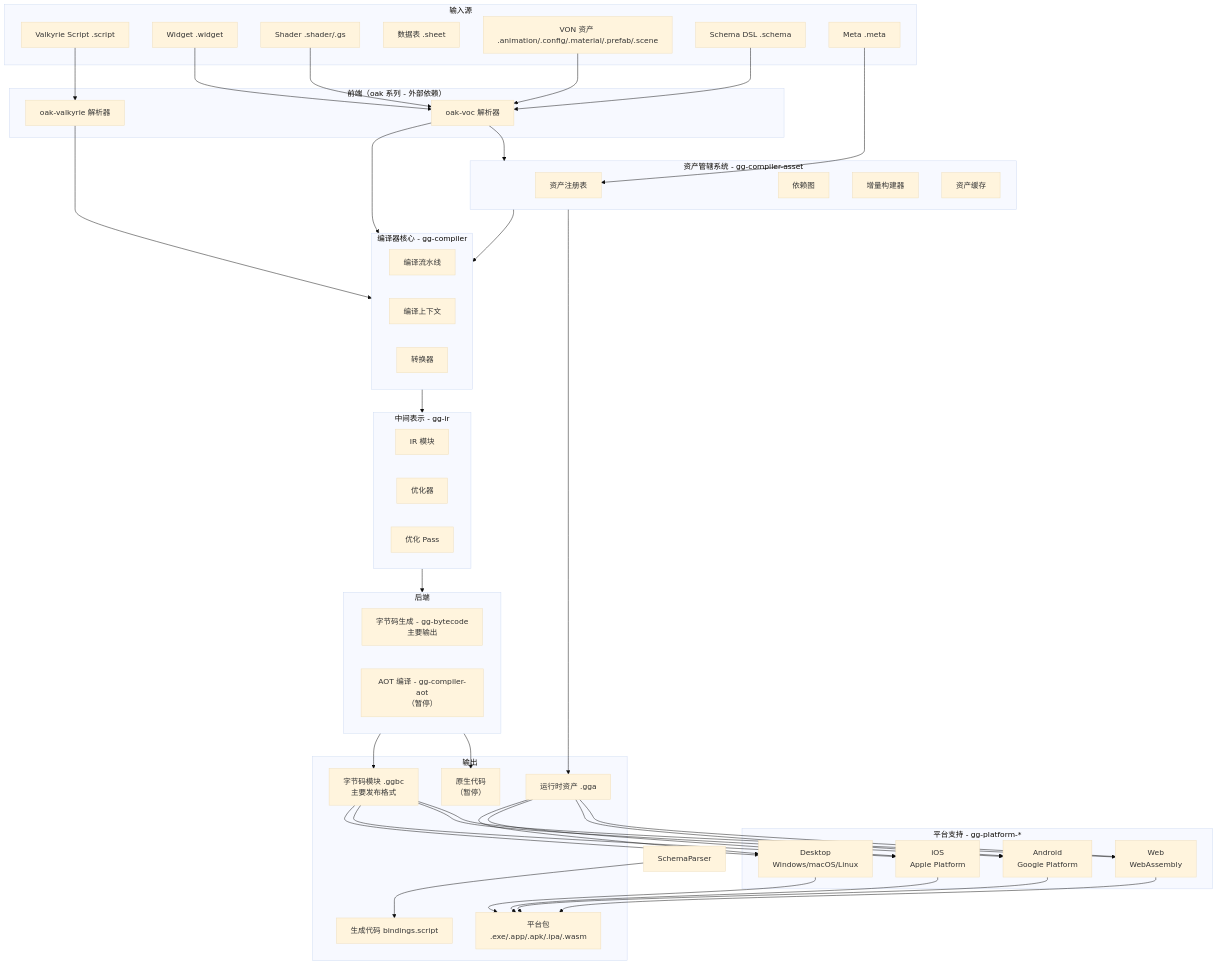
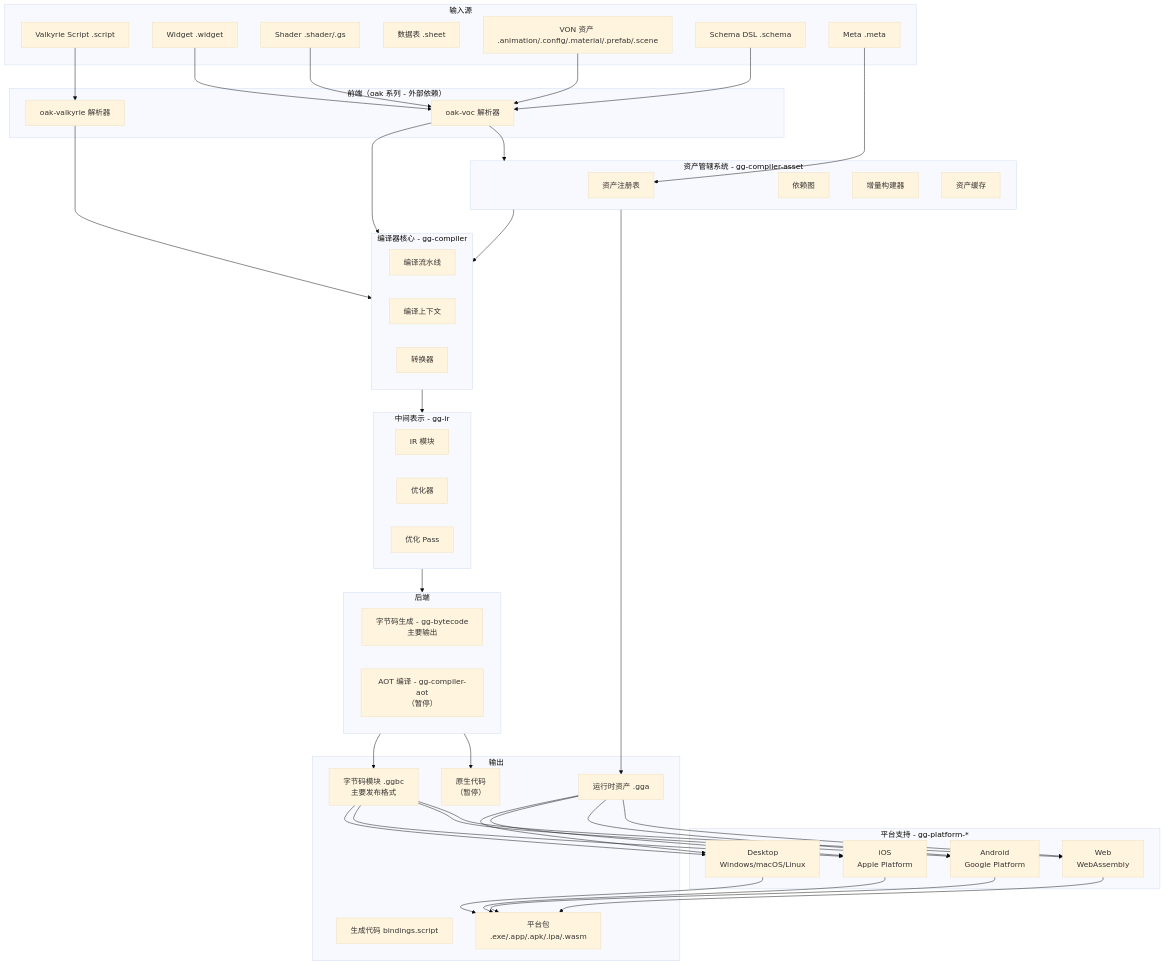
The second of 2 diagrams in design/roadmaps/compiler-plan.md (oovm/CivitLink), drawn with Mermaid (base theme) before and after one commit. The commit also changed other lines of this file and 15 other files, not shown here.

```diff
--- a/design/roadmaps/compiler-plan.md
+++ b/design/roadmaps/compiler-plan.md
@@ -1009,7 +800,6 @@
     Backend --> BytecodeModule
     Backend --> NativeCode
     AssetPipeline --> RuntimeAssets
-    SchemaParser --> GeneratedCode
     
     BytecodeModule --> Desktop
     BytecodeModule --> iOS
```
